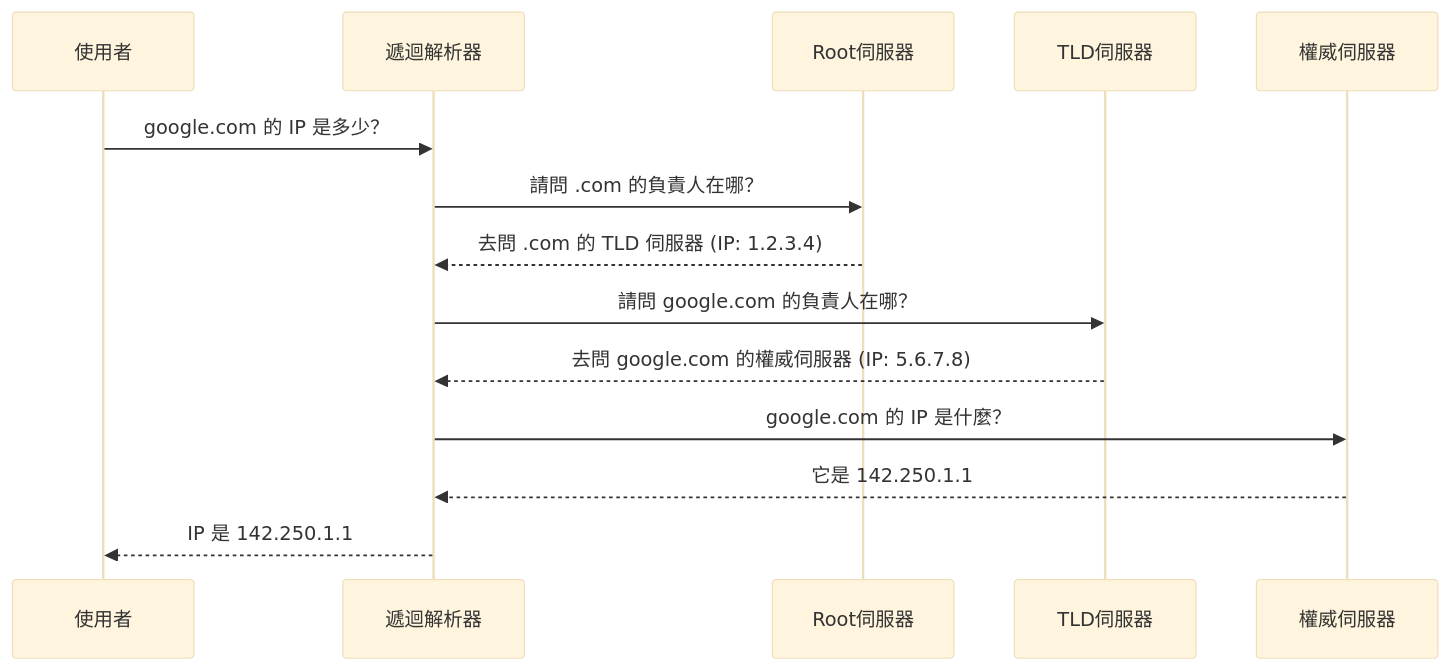
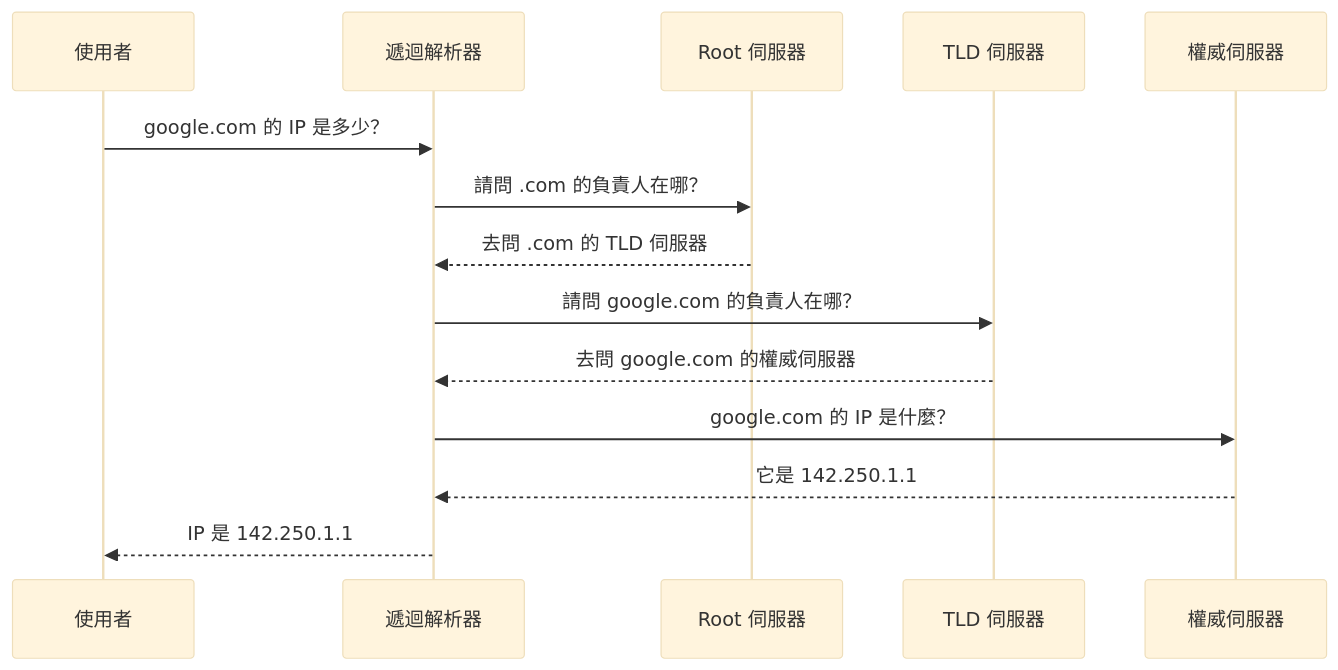
Before and after one commit to happyloa/Personal-Blog: the diagram in src/content/posts/dns-deep-dive.md, drawn with Mermaid (base theme). The commit also changed other lines of this file and 13 other files, not shown here.

Commit message:
修整文章格式與 Mermaid 圖表

````diff
--- a/src/content/posts/dns-deep-dive.md
+++ b/src/content/posts/dns-deep-dive.md
@@ -23,17 +23,17 @@
 ```mermaid
 sequenceDiagram
-    participant 使用者
-    participant 遞迴解析器
-    participant Root伺服器
-    participant TLD伺服器
-    participant 權威伺服器
+    participant User as 使用者
+    participant Resolver as 遞迴解析器
+    participant Root as Root 伺服器
+    participant TLD as TLD 伺服器
+    participant Auth as 權威伺服器
 
-    使用者->>遞迴解析器: google.com 的 IP 是多少？
-    遞迴解析器->>Root伺服器: 請問 .com 的負責人在哪？
-    Root伺服器-->>遞迴解析器: 去問 .com 的 TLD 伺服器 (IP: 1.2.3.4)
-    遞迴解析器->>TLD伺服器: 請問 google.com 的負責人在哪？
-    TLD伺服器-->>遞迴解析器: 去問 google.com 的權威伺服器 (IP: 5.6.7.8)
-    遞迴解析器->>權威伺服器: google.com 的 IP 是什麼？
-    權威伺服器-->>遞迴解析器: 它是 142.250.1.1
-    遞迴解析器-->>使用者: IP 是 142.250.1.1
+    User->>Resolver: google.com 的 IP 是多少？
+    Resolver->>Root: 請問 .com 的負責人在哪？
+    Root-->>Resolver: 去問 .com 的 TLD 伺服器
+    Resolver->>TLD: 請問 google.com 的負責人在哪？
+    TLD-->>Resolver: 去問 google.com 的權威伺服器
+    Resolver->>Auth: google.com 的 IP 是什麼？
+    Auth-->>Resolver: 它是 142.250.1.1
+    Resolver-->>User: IP 是 142.250.1.1
 ```
````
